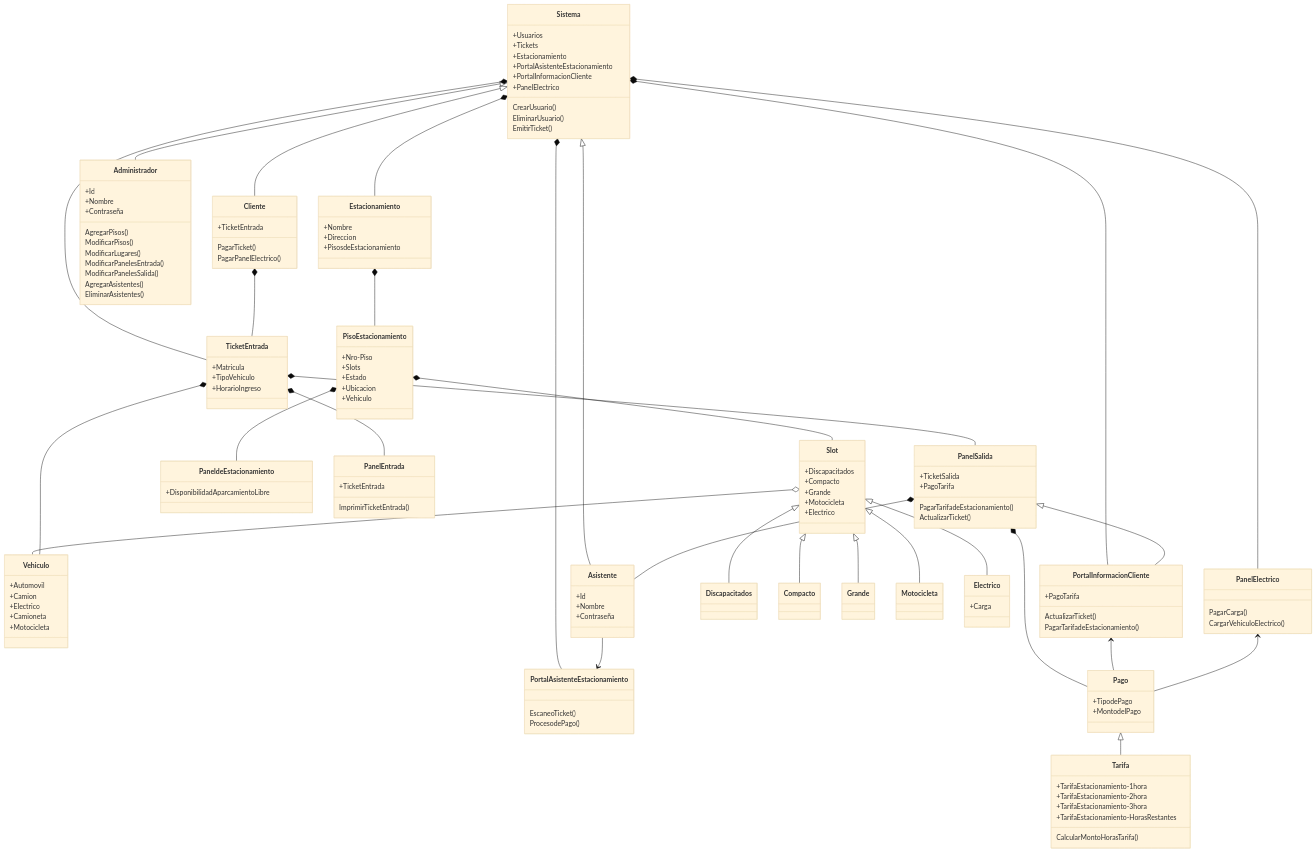
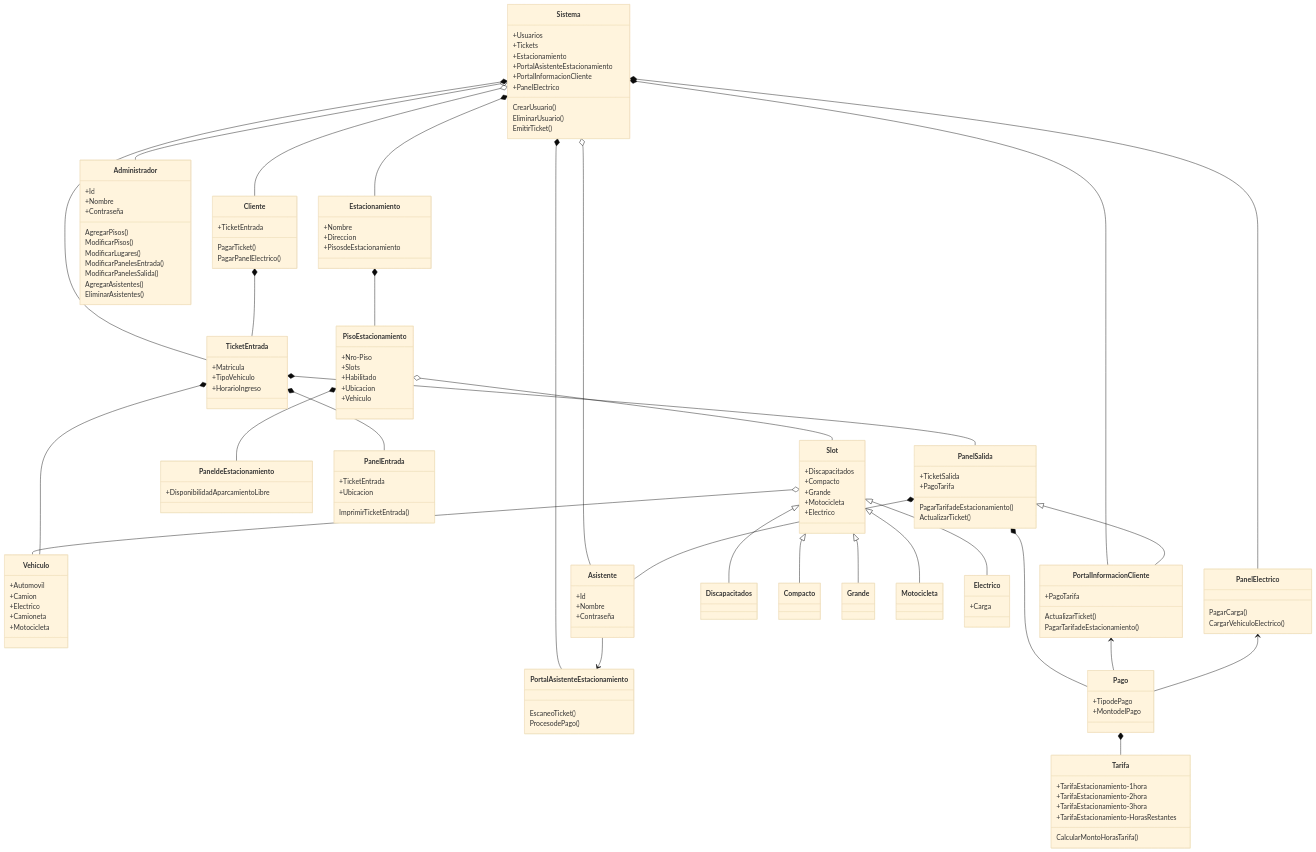
The diagram in doc/diagrama.mmd (09MauroID/Estacionamiento), drawn with Mermaid (base theme) before and after one commit.

```diff
--- a/doc/diagrama.mmd
+++ b/doc/diagrama.mmd
@@ -1,151 +1,152 @@
 classDiagram
     Estacionamiento *-- PisoEstacionamiento
-    PisoEstacionamiento *-- Slot
+    PisoEstacionamiento o-- Slot
     Slot o-- Vehiculo
     PisoEstacionamiento *-- PaneldeEstacionamiento
     
     Sistema *-- Estacionamiento
     Sistema *-- TicketEntrada
     Sistema *-- PortalAsistenteEstacionamiento
     Sistema *-- PortalInformacionCliente
     Sistema *-- PanelElectrico
 
     Slot <|-- Discapacitados
     Slot <|-- Compacto
     Slot <|-- Grande
     Slot <|-- Motocicleta
     Slot <|-- Electrico
     
-    Sistema <|-- Administrador
-    Sistema <|-- Cliente
-    Sistema <|-- Asistente
+    Sistema o-- Administrador
+    Sistema o-- Cliente
+    Sistema o-- Asistente
     
     Asistente --> PortalAsistenteEstacionamiento
 
     Cliente *-- TicketEntrada
 
     TicketEntrada *-- PanelEntrada
     TicketEntrada *-- PanelSalida
     TicketEntrada *-- Vehiculo
 
     PanelSalida *-- Asistente
     PanelSalida *-- Pago
     PanelSalida <|-- PortalInformacionCliente    
 
     PortalInformacionCliente <-- Pago
 
     PanelElectrico <-- Pago
 
-    Pago <|-- Tarifa
+    Pago *-- Tarifa
 
     class Sistema
     Sistema: +Usuarios
     Sistema: +Tickets
     Sistema: +Estacionamiento
     Sistema: +PortalAsistenteEstacionamiento
     Sistema: +PortalInformacionCliente
     Sistema: +PanelElectrico
     Sistema: CrearUsuario()
     Sistema: EliminarUsuario()
     Sistema: EmitirTicket()
 
     class Estacionamiento
     Estacionamiento: +Nombre
     Estacionamiento: +Direccion
     Estacionamiento: +PisosdeEstacionamiento
 
     class PisoEstacionamiento
     PisoEstacionamiento: +Nro-Piso
     PisoEstacionamiento: +Slots
-    PisoEstacionamiento: +Estado
+    PisoEstacionamiento: +Habilitado
     PisoEstacionamiento: +Ubicacion
     PisoEstacionamiento: +Vehiculo
 
     class Slot
     Slot: +Discapacitados
     Slot: +Compacto
     Slot: +Grande
     Slot: +Motocicleta
     Slot: +Electrico
     
     class Discapacitados
 
     class Compacto
     
     class Grande
     
     class Motocicleta
     
     class Electrico
     Electrico: +Carga
 
     class Vehiculo
     Vehiculo: +Automovil
     Vehiculo: +Camion
     Vehiculo: +Electrico
     Vehiculo: +Camioneta
     Vehiculo: +Motocicleta
 
     class Administrador
     Administrador: +Id
     Administrador: +Nombre
     Administrador: +Contraseña
     Administrador: AgregarPisos()
     Administrador: ModificarPisos()
     Administrador: ModificarLugares()
     Administrador: ModificarPanelesEntrada()
     Administrador: ModificarPanelesSalida()
     Administrador: AgregarAsistentes()
     Administrador: EliminarAsistentes()
 
     class Asistente
     Asistente: +Id
     Asistente: +Nombre
     Asistente: +Contraseña
     
     class Cliente
     Cliente: +TicketEntrada
     Cliente: PagarTicket()
     Cliente: PagarPanelElectrico()
 
     class TicketEntrada
     TicketEntrada: +Matricula
     TicketEntrada: +TipoVehiculo
     TicketEntrada: +HorarioIngreso
 
     class PanelEntrada
     PanelEntrada: +TicketEntrada
+    PanelEntrada: +Ubicacion
     PanelEntrada: ImprimirTicketEntrada()
 
     class PanelSalida
     PanelSalida: +TicketSalida
     PanelSalida: +PagoTarifa
     PanelSalida: PagarTarifadeEstacionamiento()
     PanelSalida: ActualizarTicket()
 
     class Pago
     Pago: +TipodePago
     Pago: +MontodelPago
 
     class Tarifa
     Tarifa: +TarifaEstacionamiento-1hora
     Tarifa: +TarifaEstacionamiento-2hora
     Tarifa: +TarifaEstacionamiento-3hora
     Tarifa: +TarifaEstacionamiento-HorasRestantes
     Tarifa: CalcularMontoHorasTarifa()
 
     class PaneldeEstacionamiento
     PaneldeEstacionamiento: +DisponibilidadAparcamientoLibre
 
     class PortalAsistenteEstacionamiento
     PortalAsistenteEstacionamiento: EscaneoTicket()
     PortalAsistenteEstacionamiento: ProcesodePago()
 
     class PortalInformacionCliente
     PortalInformacionCliente: +PagoTarifa
     PortalInformacionCliente: ActualizarTicket()
     PortalInformacionCliente: PagarTarifadeEstacionamiento()
 
     class PanelElectrico
     PanelElectrico: PagarCarga()
     PanelElectrico: CargarVehiculoElectrico()
```
